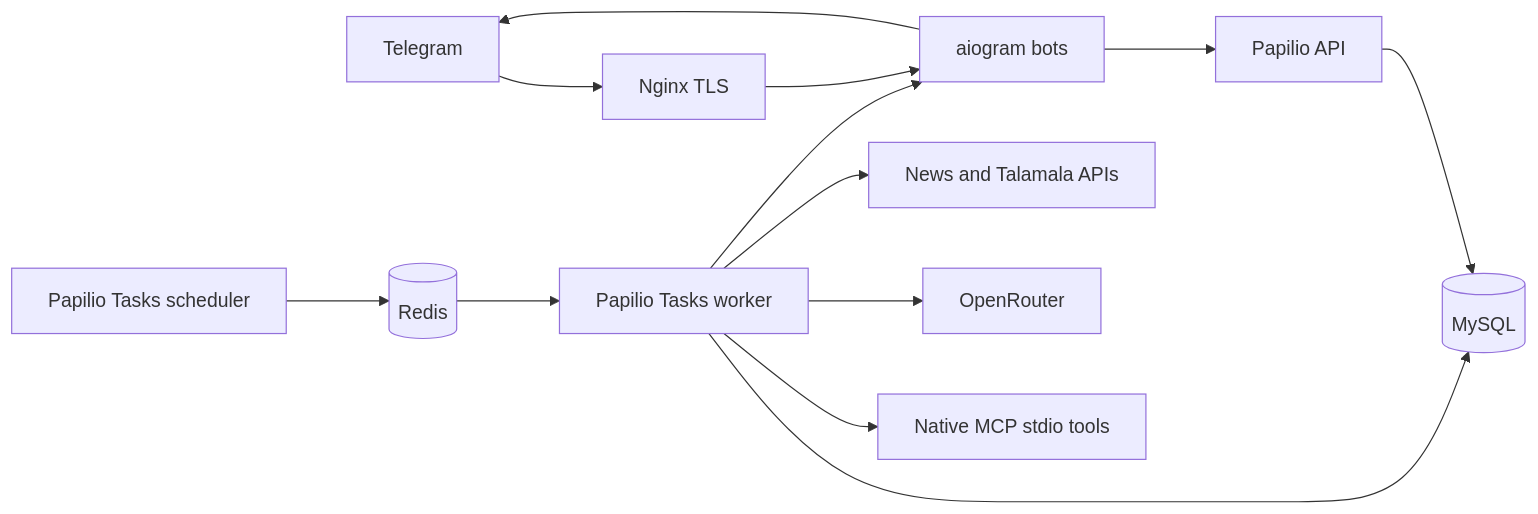
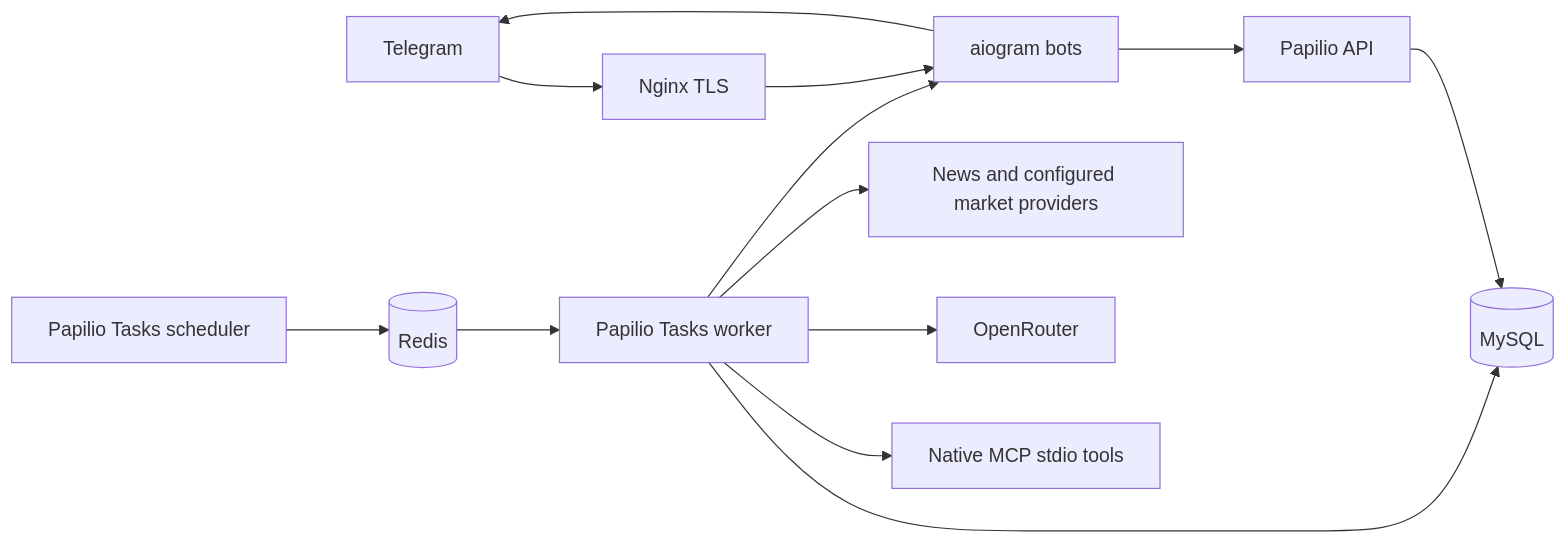
One commit to stupidprogrammer4/rick-and-morty changed the diagram in docs/architecture.md. Above: the diagram before and after it, drawn with Mermaid. The commit also changed other lines of this file and 21 other files, not shown here.

````diff
--- a/docs/architecture.md
+++ b/docs/architecture.md
@@ -5,15 +5,15 @@
 ```mermaid
 flowchart LR
   T[Telegram] --> N[Nginx TLS]
   N --> B[aiogram bots]
   B --> A[Papilio API]
   A --> D[(MySQL)]
   S[Papilio Tasks scheduler] --> Q[(Redis)]
   Q --> W[Papilio Tasks worker]
   W --> D
   W --> M[Native MCP stdio tools]
   W --> O[OpenRouter]
-  W --> X[News and Talamala APIs]
+  W --> X[News and configured market providers]
   W --> B
   B --> T
 ```
````
